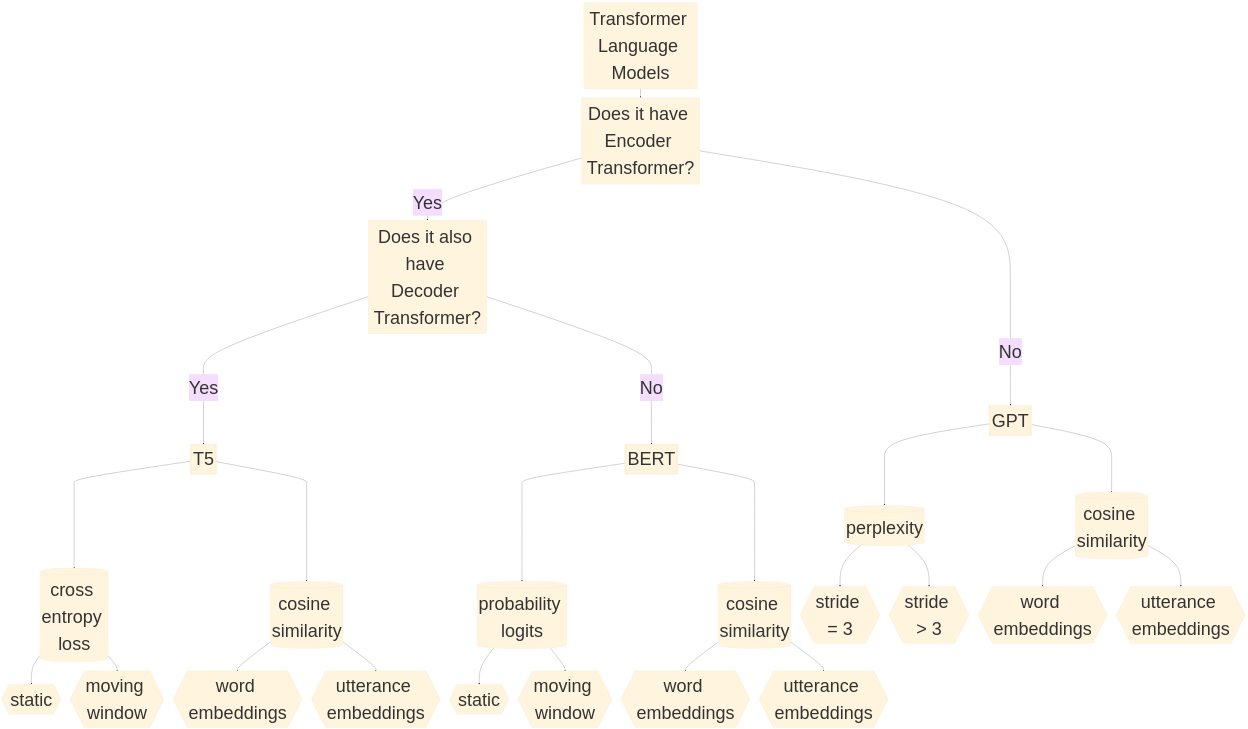
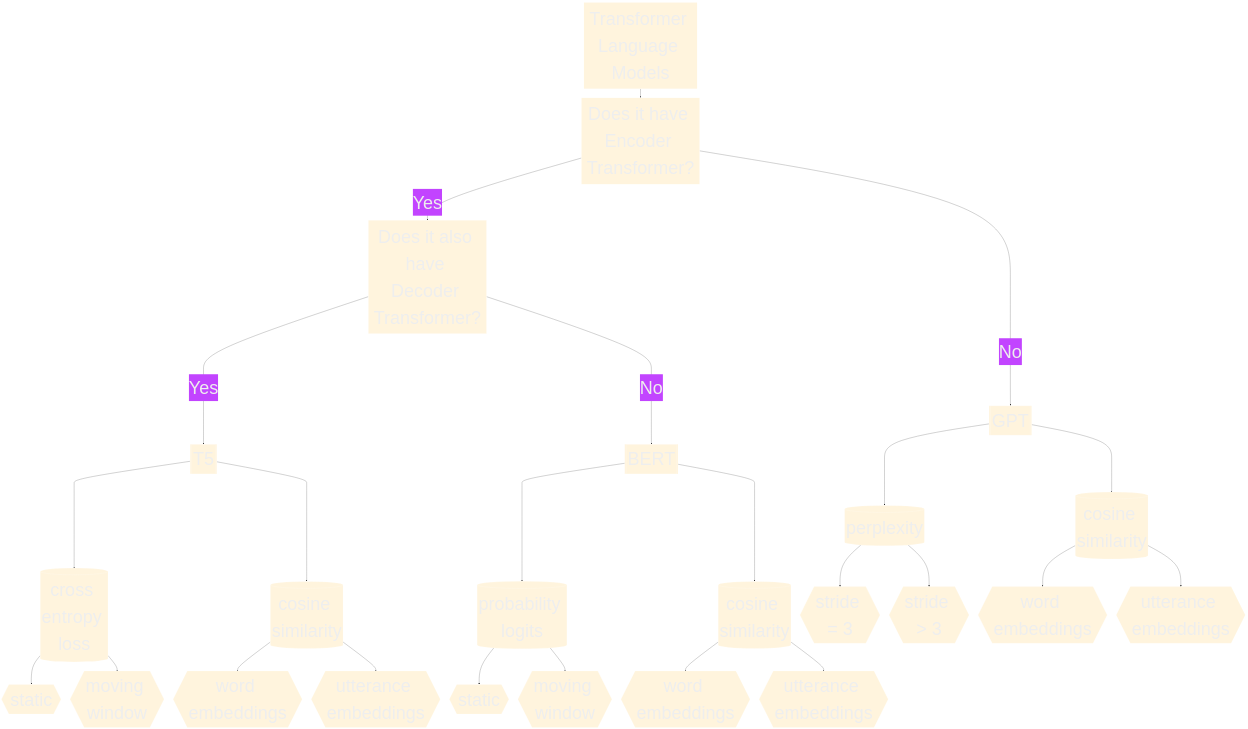
The diagram in README.md (yancong222/SSD-LM-STanglab), drawn with Mermaid before and after one commit.

````diff
--- a/README.md
+++ b/README.md
@@ -4,30 +4,30 @@
 ```mermaid
-%%{init: {'theme': 'base', 'themeVariables': { 'fontSize': '100px', 'primaryTextColor': '#ddd/#333'}}}%%
+%%{init: {'theme': 'base', 'themeVariables': { 'darkMode': 'true', 'fontSize': '100px', 'primaryTextColor': '#ddd/#333'}}}%%
 flowchart TD
     A[Transformer Language Models] --> B[Does it have Encoder Transformer?]
     B -- Yes --> C[Does it also have Decoder Transformer?]
     C -- Yes ----> D[[T5]] ----> G[(cross entropy loss)]
     G --> J{{static}}
     G --> K{{moving window}}
     D ----> P[(cosine similarity)]
     P --> Q{{word embeddings}}
     P --> R{{utterance embeddings}}
     C -- No ----> E[[BERT]] ----> H[(probability logits)]
     H --> L{{static}}
     H --> M{{moving window}}
     E ----> S[(cosine similarity)]
     S --> T{{word embeddings}}
     S --> U{{utterance embeddings}}
     B -- No ----> F[[GPT]] ----> I[(perplexity)]
     I --> N{{stride = 3}}
     I --> O{{stride > 3}}
     F ----> V[(cosine similarity)]
     V --> W{{word embeddings}}
     V --> X{{utterance embeddings}}
     click A "https://github.com/yancong222/scriptscz/blob/main/perplexity/ed_perplexity.py" _blank
     click B "http://www.github.com" "Open this in a new tab" _blank
     click C href "http://www.github.com" _blank
     click D href "http://www.github.com" "Open this in a new tab" _blank
     
 classDef className fill:#f9f,stroke:#333,stroke-width:4px
 ```
````
